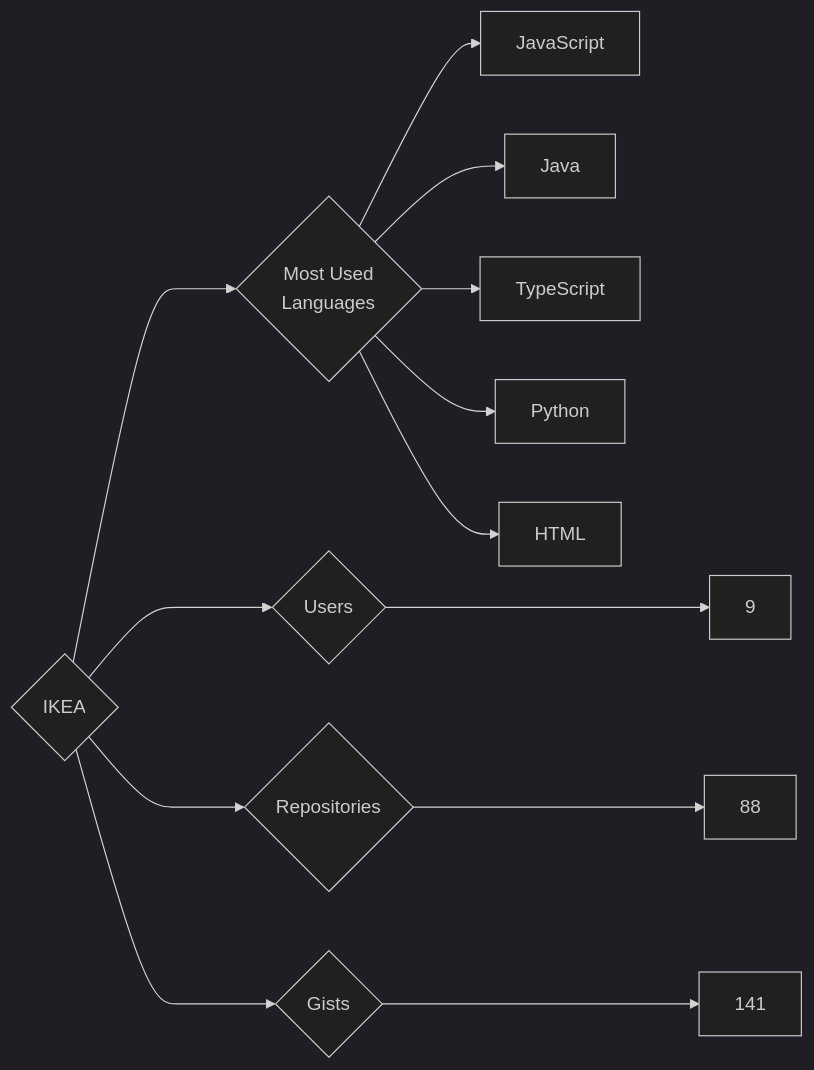
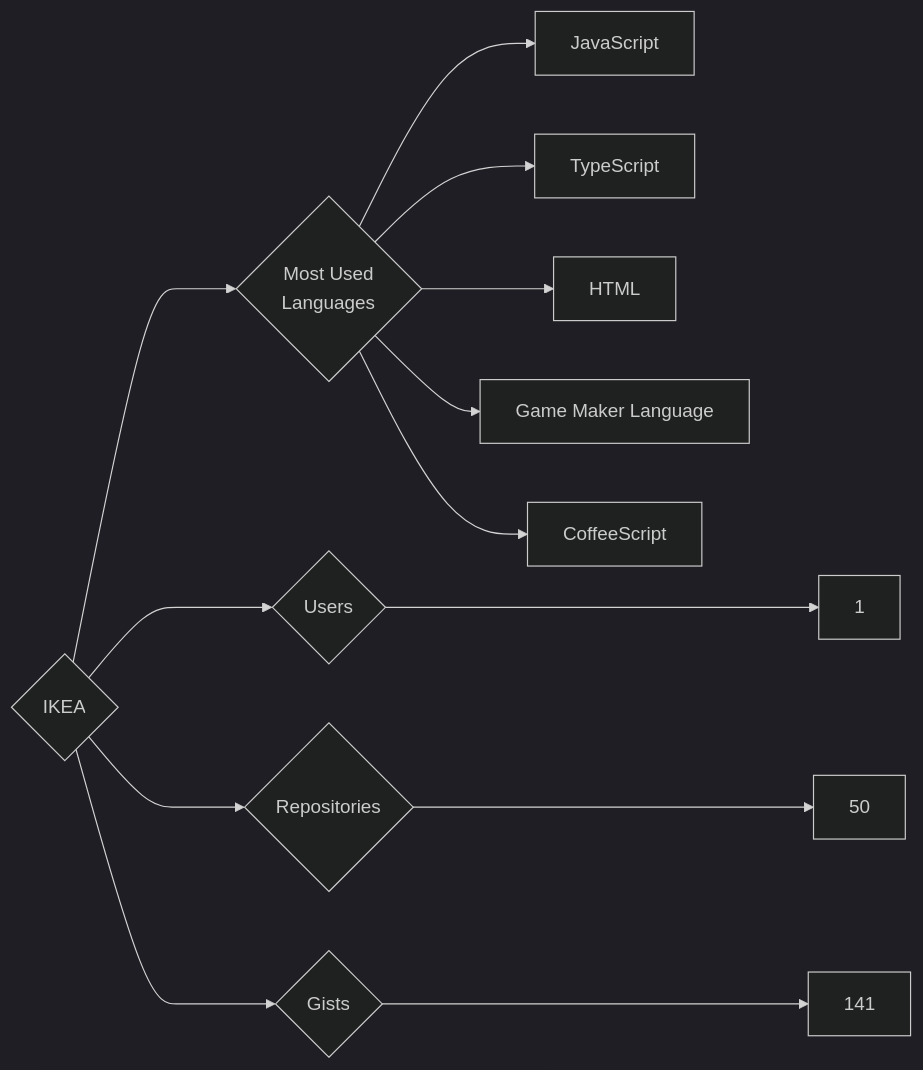
The diagram in targets/IKEA/README.md (trickest/insiders), drawn with Mermaid (dark theme) before and after one commit. The commit also changed 752 other files, not shown here.

````diff
--- a/targets/IKEA/README.md
+++ b/targets/IKEA/README.md
@@ -3,13 +3,13 @@
 ```mermaid
 graph LR
 COMPANY_NAME{IKEA}
-COMPANY_NAME ---> U{Users} ---> UN[9]
-COMPANY_NAME ---> R{Repositories} ---> RN[88]
+COMPANY_NAME ---> U{Users} ---> UN[1]
+COMPANY_NAME ---> R{Repositories} ---> RN[50]
 COMPANY_NAME ---> G{Gists} ---> GN[141]
 COMPANY_NAME ---> ML{Most Used<br>Languages}
 ML --> JavaScript[JavaScript]
-ML --> Java[Java]
 ML --> TypeScript[TypeScript]
-ML --> Python[Python]
 ML --> HTML[HTML]
+ML --> Game_Maker_Language[Game Maker Language]
+ML --> CoffeeScript[CoffeeScript]
 ```
````
